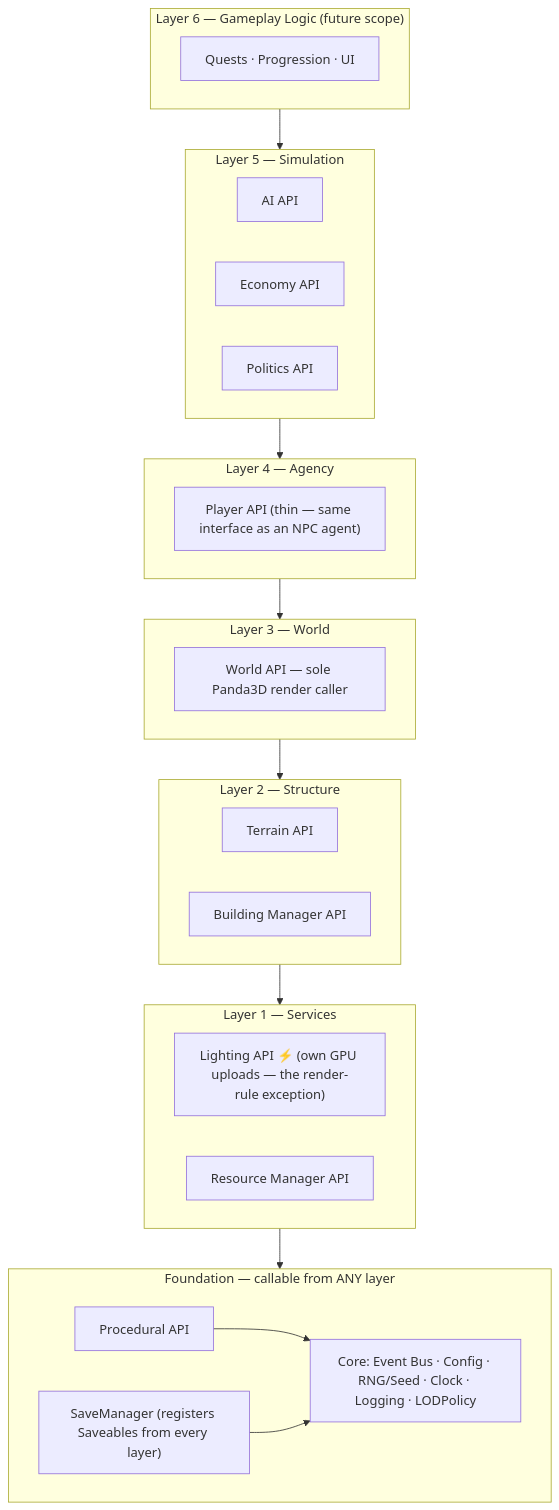
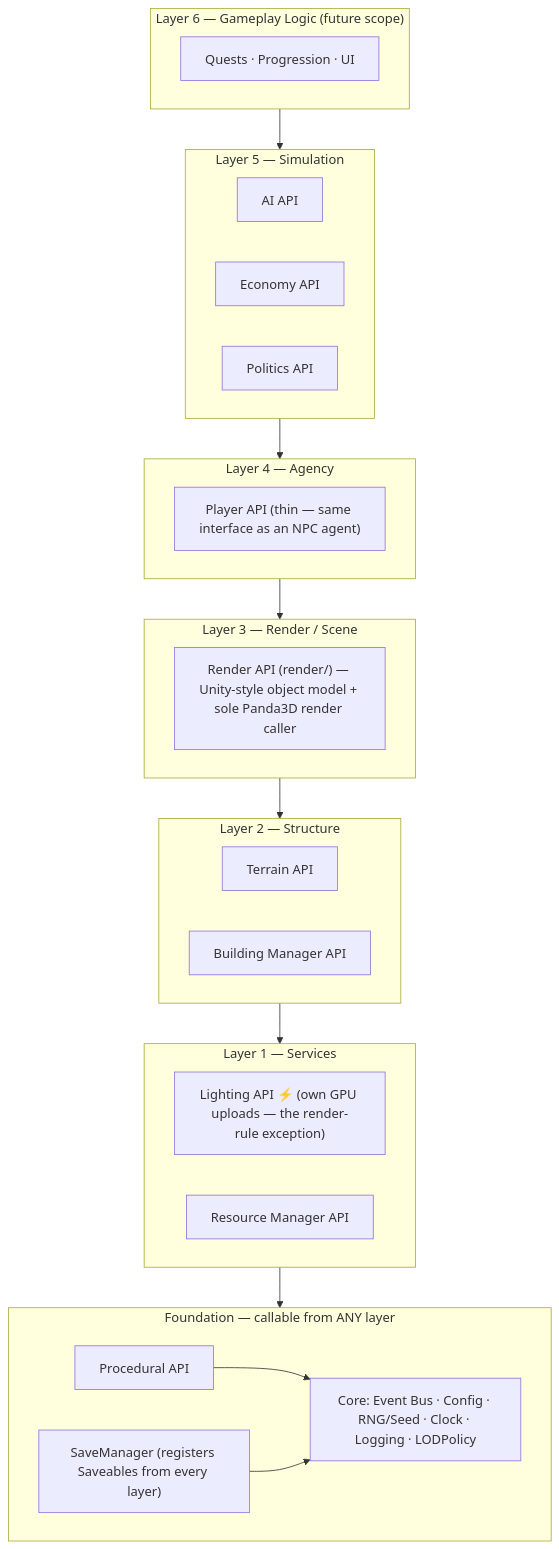
Before and after one commit to Firelight-Innovations/Torn-Apart: the first of 5 diagrams in docs/ARCHITECTURE.md, drawn with Mermaid. The commit also changed other lines of this file and 252 other files, not shown here.

First line of the commit message:
refactor: regroup fire_engine packages (world->render; new world/ & simulation/ groups)

````diff
--- a/docs/ARCHITECTURE.md
+++ b/docs/ARCHITECTURE.md
@@ -74,34 +74,34 @@
 ```mermaid
 flowchart TD
     subgraph L6["Layer 6 — Gameplay Logic (future scope)"]
         GP["Quests · Progression · UI"]
     end
     subgraph L5["Layer 5 — Simulation"]
         AI["AI API"]
         ECO["Economy API"]
         POL["Politics API"]
     end
     subgraph L4["Layer 4 — Agency"]
         PLY["Player API (thin — same interface as an NPC agent)"]
     end
-    subgraph L3["Layer 3 — World"]
-        WLD["World API — sole Panda3D render caller"]
+    subgraph L3["Layer 3 — Render / Scene"]
+        WLD["Render API (render/) — Unity-style object model + sole Panda3D render caller"]
     end
     subgraph L2["Layer 2 — Structure"]
         TER["Terrain API"]
         BLD["Building Manager API"]
     end
     subgraph L1["Layer 1 — Services"]
         LGT["Lighting API ⚡ (own GPU uploads — the render-rule exception)"]
         RES["Resource Manager API"]
     end
     subgraph L0F["Foundation — callable from ANY layer"]
         PROC["Procedural API"]
         CORE["Core: Event Bus · Config · RNG/Seed · Clock · Logging · LODPolicy"]
         SAV["SaveManager (registers Saveables from every layer)"]
     end
 
     L6 --> L5 --> L4 --> L3 --> L2 --> L1 --> L0F
     PROC --> CORE
     SAV --> CORE
 ```
````
